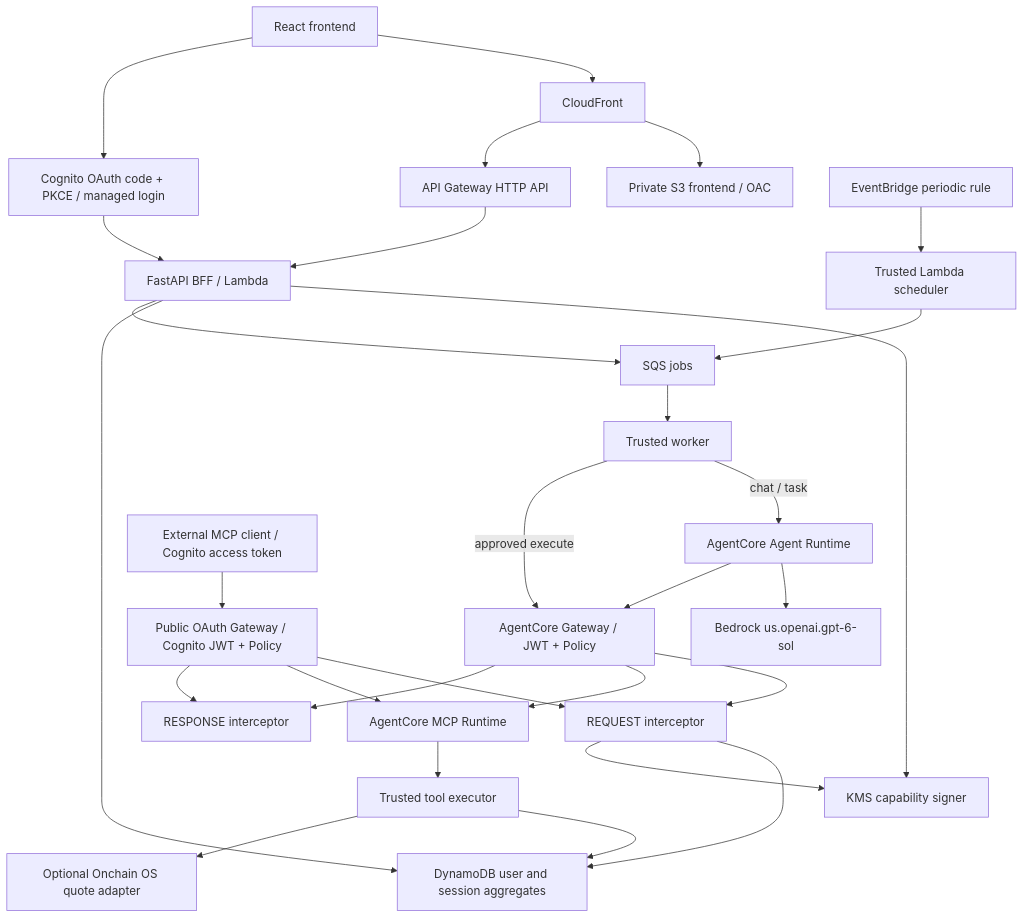
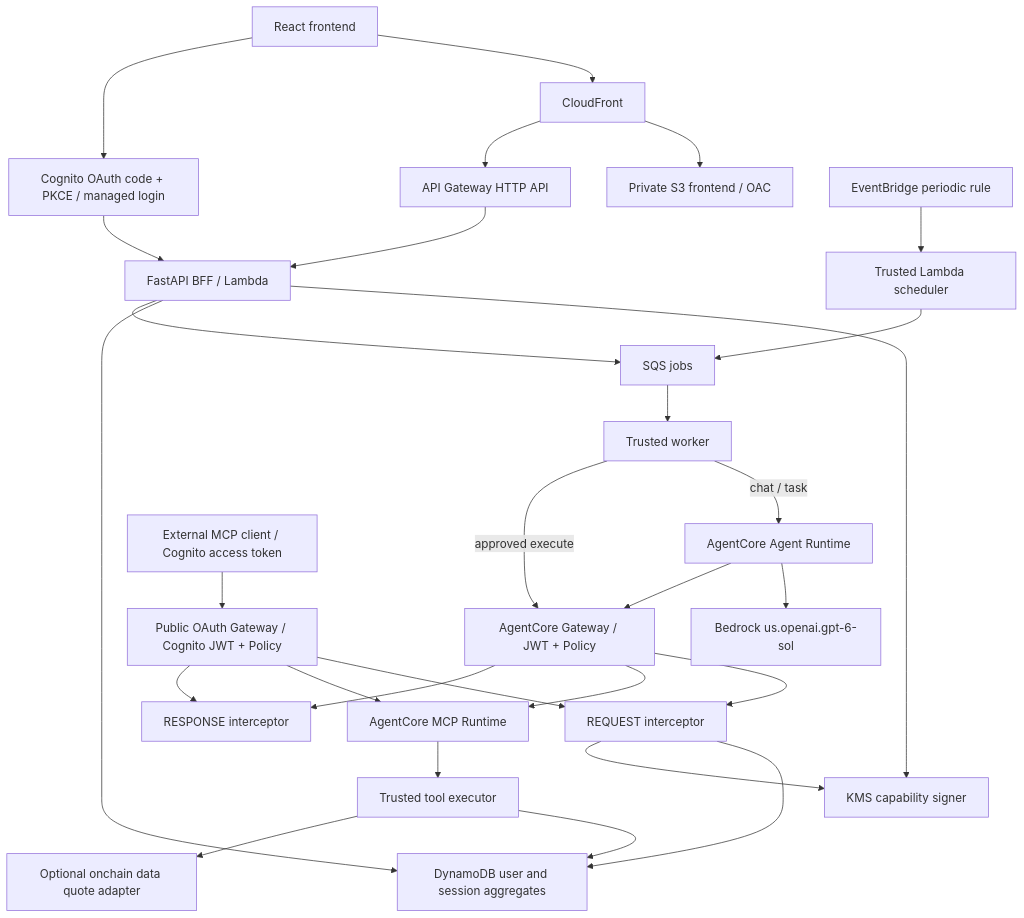
One commit to milan9527/onchain changed the diagram in docs/architecture.md. Above: the diagram before and after it, drawn with Mermaid. The commit also changed 35 other files, not shown here.

````diff
--- a/docs/architecture.md
+++ b/docs/architecture.md
@@ -9,31 +9,31 @@
 ```mermaid
 flowchart TD
     Browser[React frontend] --> CF[CloudFront]
     CF --> S3[Private S3 frontend / OAC]
     CF --> HTTP[API Gateway HTTP API]
     HTTP --> BFF[FastAPI BFF / Lambda]
     Browser --> Cognito[Cognito OAuth code + PKCE / managed login]
     Cognito --> BFF
     BFF --> KMS[KMS capability signer]
     BFF --> DB[DynamoDB user and session aggregates]
     BFF --> Queue[SQS jobs]
     Queue --> Worker[Trusted worker]
     Worker -->|chat / task| Agent[AgentCore Agent Runtime]
     Worker -->|approved execute| Gateway
     Agent --> Bedrock[Bedrock us.openai.gpt-6-sol]
     Agent --> Gateway[AgentCore Gateway / JWT + Policy]
     Gateway --> Request[REQUEST interceptor]
     Request --> DB
     Request --> KMS
     Gateway --> MCP[AgentCore MCP Runtime]
     MCP --> Executor[Trusted tool executor]
     Executor --> DB
-    Executor --> OKX[Optional Onchain OS quote adapter]
+    Executor --> DataProvider[Optional onchain data quote adapter]
     Gateway --> Response[RESPONSE interceptor]
     External[External MCP client / Cognito access token] --> OAuthGateway[Public OAuth Gateway / Cognito JWT + Policy]
     OAuthGateway --> Request
     OAuthGateway --> MCP
     OAuthGateway --> Response
     Schedule[EventBridge periodic rule] --> Scheduler[Trusted Lambda scheduler]
     Scheduler --> Queue
 ```
````
